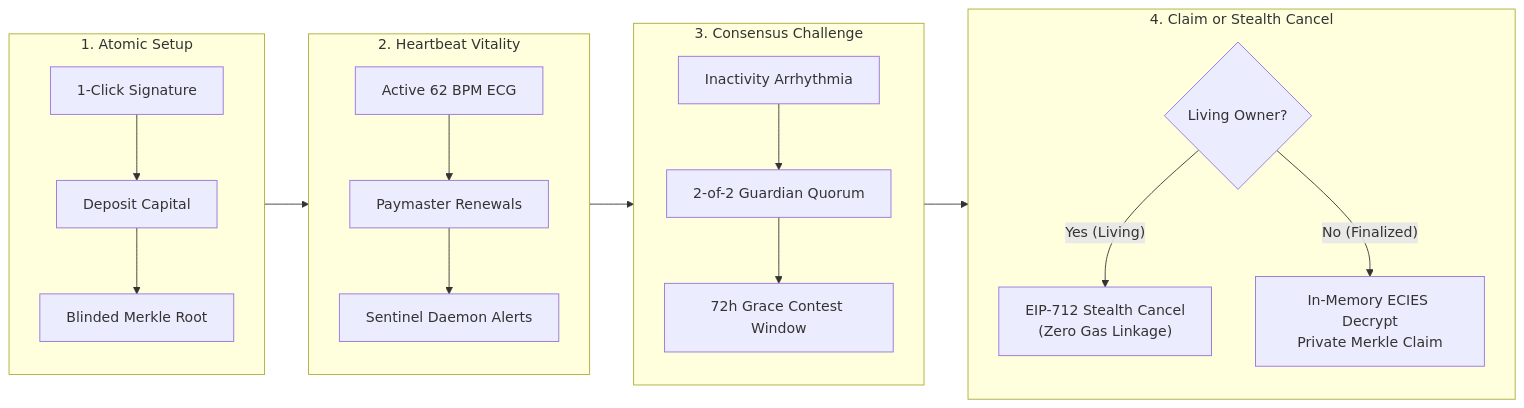
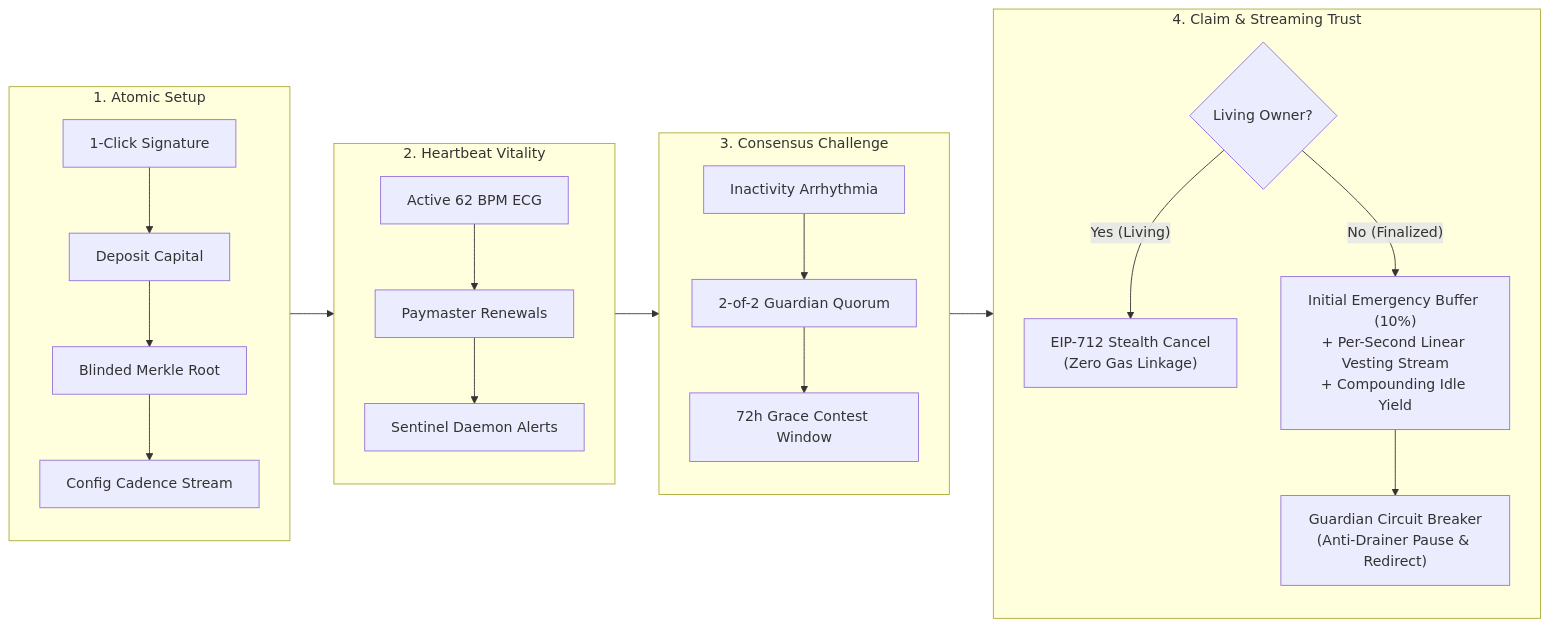
One commit to Bobo2005/cadence changed the diagram in PROJECT-SUBMISSION.md. Above: the diagram before and after it, drawn with Mermaid. The commit also changed other lines of this file and 15 other files, not shown here.

````diff
--- a/PROJECT-SUBMISSION.md
+++ b/PROJECT-SUBMISSION.md
@@ -30,25 +34,27 @@
 ```mermaid
 flowchart LR
     subgraph S1["1. Atomic Setup"]
         A["1-Click Signature"] --> B["Deposit Capital"]
         B --> C["Blinded Merkle Root"]
+        C --> D["Config Cadence Stream"]
     end
 
     subgraph S2["2. Heartbeat Vitality"]
-        D["Active 62 BPM ECG"] --> E["Paymaster Renewals"]
-        E --> F["Sentinel Daemon Alerts"]
+        E["Active 62 BPM ECG"] --> F["Paymaster Renewals"]
+        F --> G["Sentinel Daemon Alerts"]
     end
 
     subgraph S3["3. Consensus Challenge"]
-        G["Inactivity Arrhythmia"] --> H["2-of-2 Guardian Quorum"]
-        H --> I["72h Grace Contest Window"]
+        H["Inactivity Arrhythmia"] --> I["2-of-2 Guardian Quorum"]
+        I --> J["72h Grace Contest Window"]
     end
 
-    subgraph S4["4. Claim or Stealth Cancel"]
-        J{"Living Owner?"}
-        J -- "Yes (Living)" --> K["EIP-712 Stealth Cancel<br/>(Zero Gas Linkage)"]
-        J -- "No (Finalized)" --> L["In-Memory ECIES Decrypt<br/>Private Merkle Claim"]
+    subgraph S4["4. Claim & Streaming Trust"]
+        K{"Living Owner?"}
+        K -- "Yes (Living)" --> L["EIP-712 Stealth Cancel<br/>(Zero Gas Linkage)"]
+        K -- "No (Finalized)" --> M["Initial Emergency Buffer (10%)<br/>+ Per-Second Linear Vesting Stream<br/>+ Compounding Idle Yield"]
+        M --> N["Guardian Circuit Breaker<br/>(Anti-Drainer Pause & Redirect)"]
     end
 
     S1 --> S2 --> S3 --> S4
 ```
````
